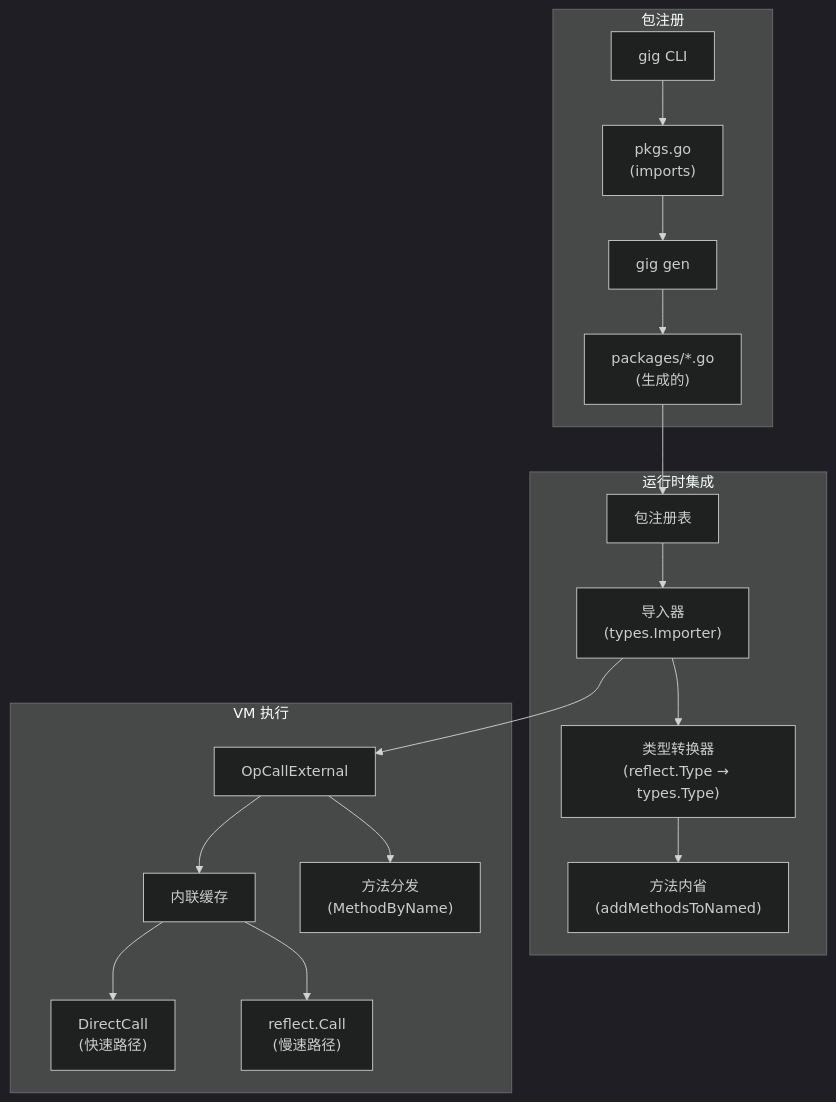
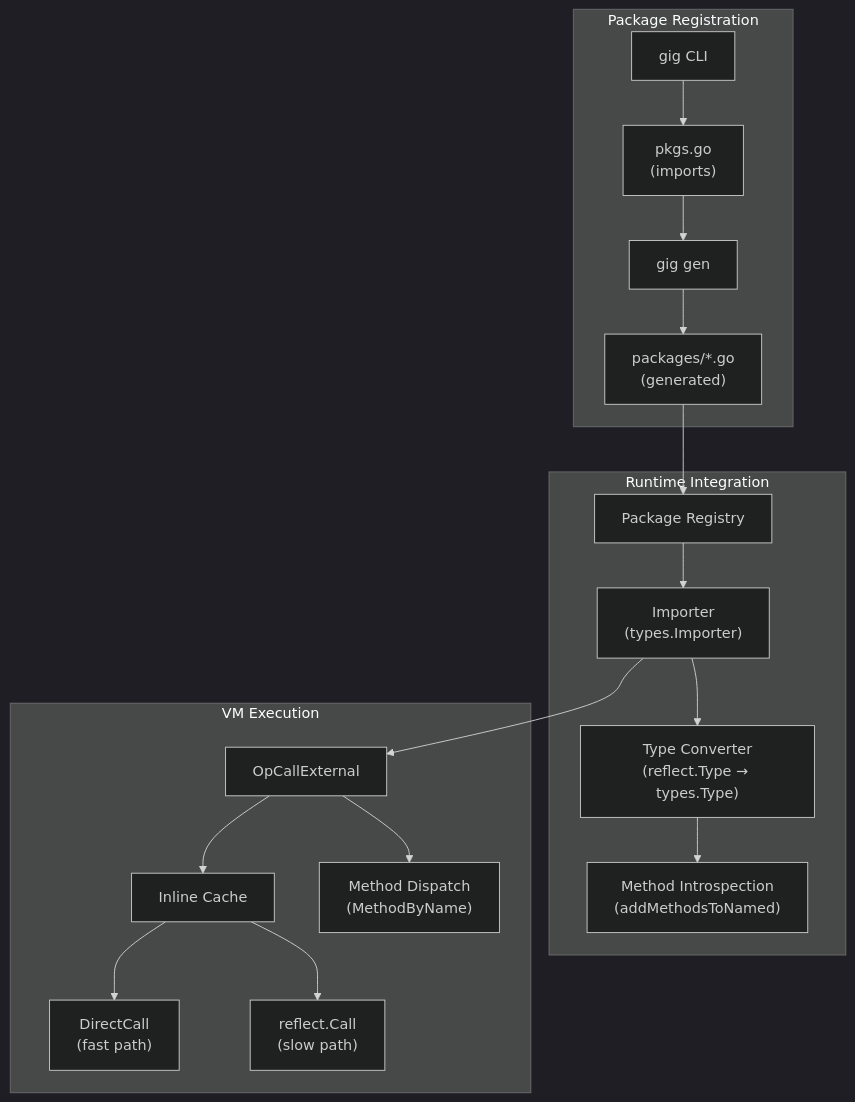
One commit to t04dJ14n9/gig changed the seventh of 7 diagrams in README.md. Above: the diagram before and after it, drawn with Mermaid (dark theme). The commit also changed other lines of this file and 2 other files, not shown here.

````diff
--- a/README.md
+++ b/README.md
@@ -655,34 +655,34 @@
 ```mermaid
 flowchart TB
-    subgraph Registration["包注册"]
+    subgraph Registration["Package Registration"]
         CLI["gig CLI"]
         PKGS["pkgs.go<br/>(imports)"]
         GEN["gig gen"]
-        GENERATED["packages/*.go<br/>(生成的)"]
+        GENERATED["packages/*.go<br/>(generated)"]
     end
     
-    subgraph Runtime["运行时集成"]
-        REG["包注册表"]
-        IMPORT["导入器<br/>(types.Importer)"]
-        TYPECONV["类型转换器<br/>(reflect.Type → types.Type)"]
-        METHOD["方法内省<br/>(addMethodsToNamed)"]
+    subgraph Runtime["Runtime Integration"]
+        REG["Package Registry"]
+        IMPORT["Importer<br/>(types.Importer)"]
+        TYPECONV["Type Converter<br/>(reflect.Type → types.Type)"]
+        METHOD["Method Introspection<br/>(addMethodsToNamed)"]
     end
     
-    subgraph Execution["VM 执行"]
+    subgraph Execution["VM Execution"]
         CALL["OpCallExternal"]
-        CACHE["内联缓存"]
-        DIRECT["DirectCall<br/>(快速路径)"]
-        REFLECT["reflect.Call<br/>(慢速路径)"]
-        METHODCALL["方法分发<br/>(MethodByName)"]
+        CACHE["Inline Cache"]
+        DIRECT["DirectCall<br/>(fast path)"]
+        REFLECT["reflect.Call<br/>(slow path)"]
+        METHODCALL["Method Dispatch<br/>(MethodByName)"]
     end
     
     CLI --> PKGS --> GEN --> GENERATED
     GENERATED --> REG
     REG --> IMPORT --> TYPECONV --> METHOD
     
     IMPORT --> CALL
     CALL --> CACHE
     CACHE --> DIRECT
     CACHE --> REFLECT
     CALL --> METHODCALL
 ```
````
